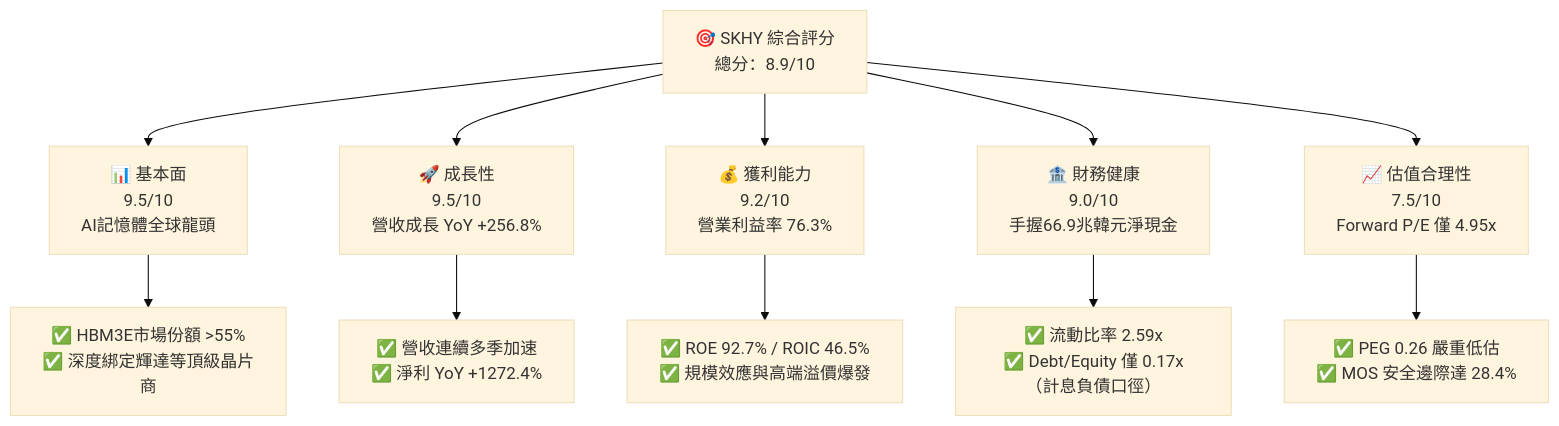
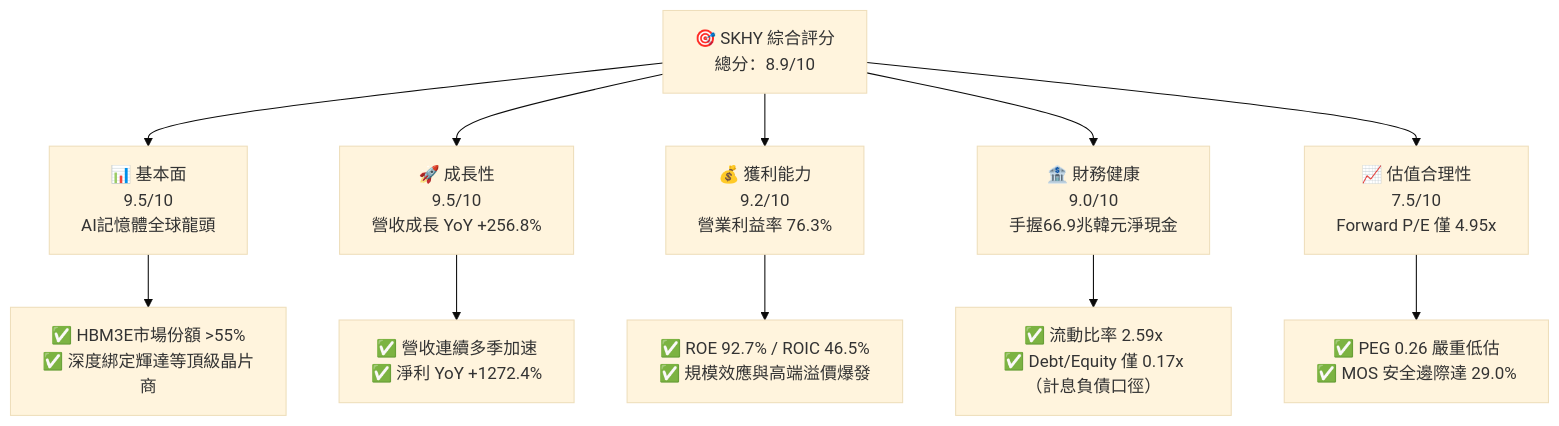
One commit to yennanliu/finance_data changed the first of 15 diagrams in ai_gen_report/fundamental/skhy/fundamental_analysis_2026-10-09_gemini.md. Above: the diagram before and after it, drawn with Mermaid (base theme). The commit also changed other lines of this file and 339 other files, not shown here.

````diff
--- a/ai_gen_report/fundamental/skhy/fundamental_analysis_2026-10-09_gemini.md
+++ b/ai_gen_report/fundamental/skhy/fundamental_analysis_2026-10-09_gemini.md
@@ -58,22 +65,22 @@
 ```mermaid
 graph TD
     TICKER["🎯 SKHY 綜合評分<br/>總分：8.9/10"]
 
     F["📊 基本面<br/>9.5/10<br/>AI記憶體全球龍頭"]
     G["🚀 成長性<br/>9.5/10<br/>營收成長 YoY +256.8%"]
     P["💰 獲利能力<br/>9.2/10<br/>營業利益率 76.3%"]
     B["🏦 財務健康<br/>9.0/10<br/>手握66.9兆韓元淨現金"]
     V["📈 估值合理性<br/>7.5/10<br/>Forward P/E 僅 4.95x"]
 
     TICKER --> F
     TICKER --> G
     TICKER --> P
     TICKER --> B
     TICKER --> V
 
     F --> F1["✅ HBM3E市場份額 >55%<br/>✅ 深度綁定輝達等頂級晶片商"]
     G --> G1["✅ 營收連續多季加速<br/>✅ 淨利 YoY +1272.4%"]
     P --> P1["✅ ROE 92.7% / ROIC 46.5%<br/>✅ 規模效應與高端溢價爆發"]
     B --> B1["✅ 流動比率 2.59x<br/>✅ Debt/Equity 僅 0.17x（計息負債口徑）"]
-    V --> V1["✅ PEG 0.26 嚴重低估<br/>✅ MOS 安全邊際達 28.4%"]
+    V --> V1["✅ PEG 0.26 嚴重低估<br/>✅ MOS 安全邊際達 29.0%"]
 ```
````
